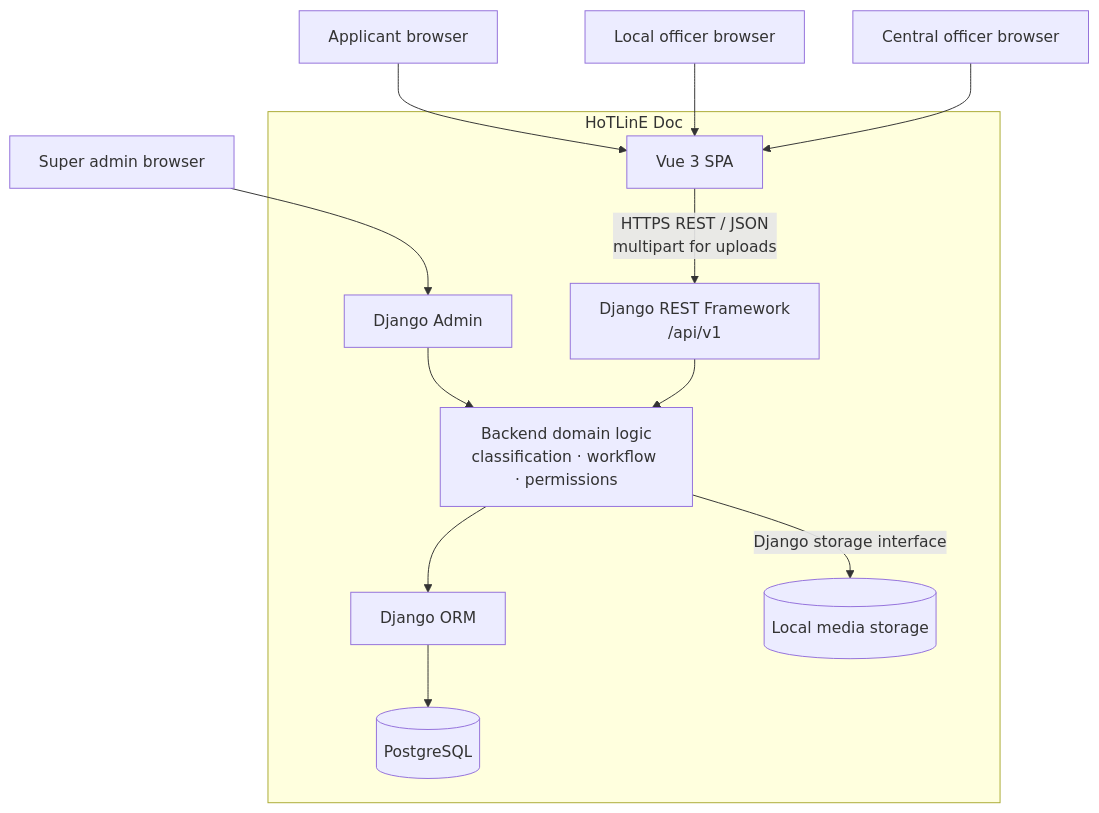
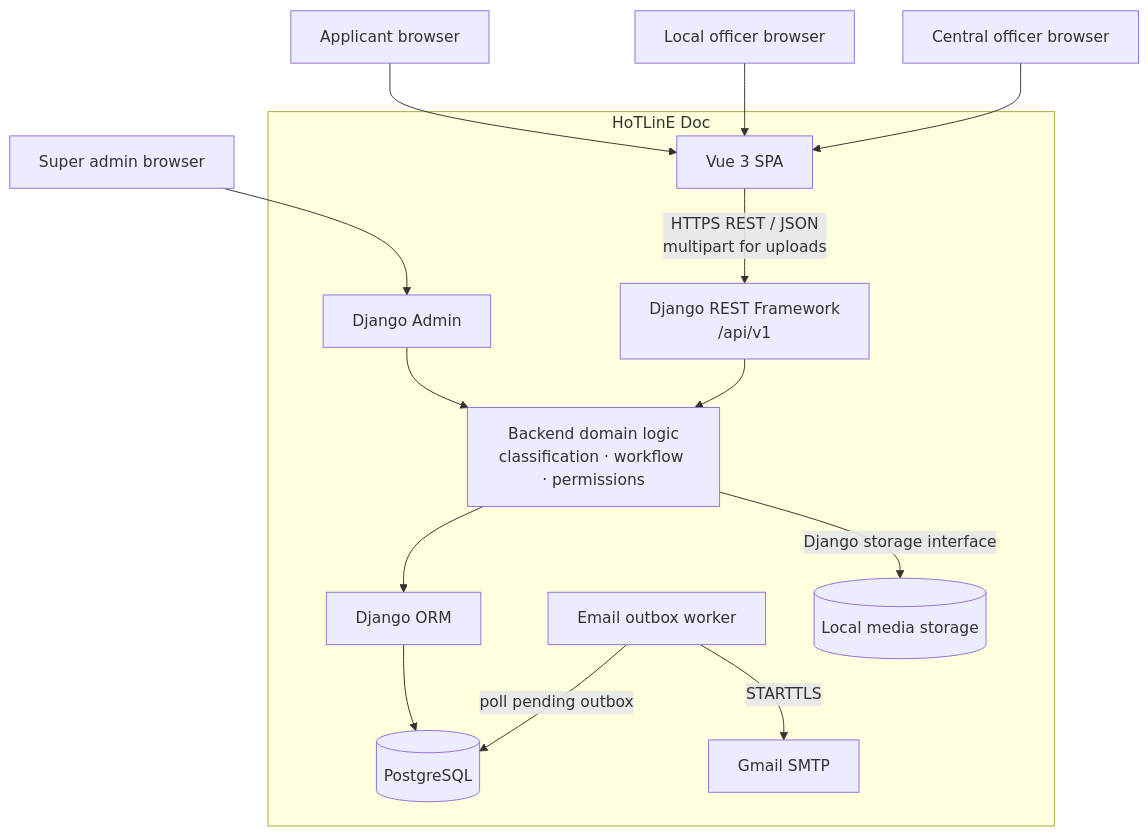
Before and after one commit to son-content-mastery/psu-hotline-doc: the first of 5 diagrams in docs/architecture/system-overview.md, drawn with Mermaid. The commit also changed other lines of this file and 27 other files, not shown here.

Commit message:
feat(auth): add verified registration and email outbox

````diff
--- a/docs/architecture/system-overview.md
+++ b/docs/architecture/system-overview.md
@@ -11,28 +11,32 @@
 ```mermaid
 flowchart TB
     Applicant[Applicant browser]
     LocalOfficer[Local officer browser]
     CentralOfficer[Central officer browser]
     Admin[Super admin browser]
 
     subgraph System[HoTLinE Doc]
         SPA[Vue 3 SPA]
         AdminUI[Django Admin]
         API[Django REST Framework<br/>/api/v1]
         Domain[Backend domain logic<br/>classification · workflow · permissions]
+        EmailWorker[Email outbox worker]
         ORM[Django ORM]
         DB[(PostgreSQL)]
         Media[(Local media storage)]
+        Gmail[Gmail SMTP]
     end
 
     Applicant --> SPA
     LocalOfficer --> SPA
     CentralOfficer --> SPA
     Admin --> AdminUI
     SPA -->|HTTPS REST / JSON<br/>multipart for uploads| API
     AdminUI --> Domain
     API --> Domain
     Domain --> ORM
     ORM --> DB
+    EmailWorker -->|poll pending outbox| DB
+    EmailWorker -->|STARTTLS| Gmail
     Domain -->|Django storage interface| Media
 ```
````
